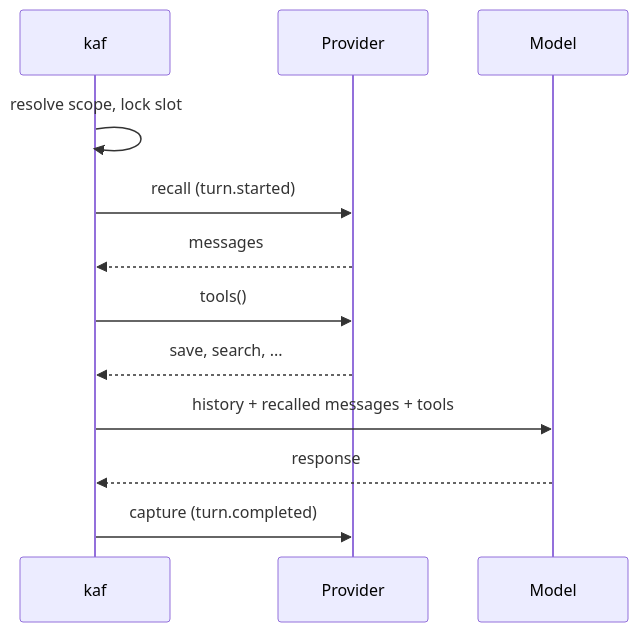
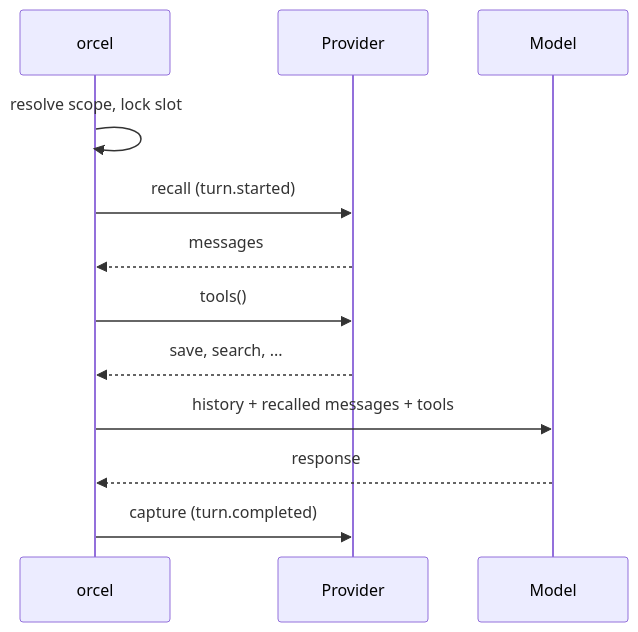
The diagram in docs/memory/overview.mdx (TheHalfMoon/Orcel), drawn with Mermaid before and after one commit. The commit also changed other lines of this file and 7225 other files, not shown here.

````diff
--- a/docs/memory/overview.mdx
+++ b/docs/memory/overview.mdx
@@ -41,14 +41,14 @@
 ```mermaid
 sequenceDiagram
-  participant kaf
+  participant orcel
   participant P as Provider
   participant M as Model
-  kaf->>kaf: resolve scope, lock slot
-  kaf->>P: recall (turn.started)
-  P-->>kaf: messages
-  kaf->>P: tools()
-  P-->>kaf: save, search, ...
-  kaf->>M: history + recalled messages + tools
-  M-->>kaf: response
-  kaf->>P: capture (turn.completed)
+  orcel->>orcel: resolve scope, lock slot
+  orcel->>P: recall (turn.started)
+  P-->>orcel: messages
+  orcel->>P: tools()
+  P-->>orcel: save, search, ...
+  orcel->>M: history + recalled messages + tools
+  M-->>orcel: response
+  orcel->>P: capture (turn.completed)
 ```
````
